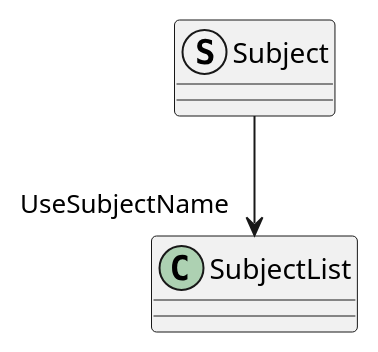
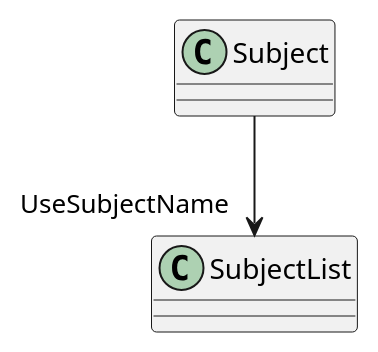
The diagram in plantuml/StudentStructHW20/Subject.puml (19vano97/levelUpOOP), drawn with PlantUML before and after one commit. The commit also changed 40 other files, not shown here.

```diff
--- a/plantuml/StudentStructHW20/Subject.puml
+++ b/plantuml/StudentStructHW20/Subject.puml
@@ -1,5 +1,5 @@
 @startuml
-struct Subject {
+class Subject {
 }
 Subject --> "UseSubjectName" SubjectList
 @enduml
```
